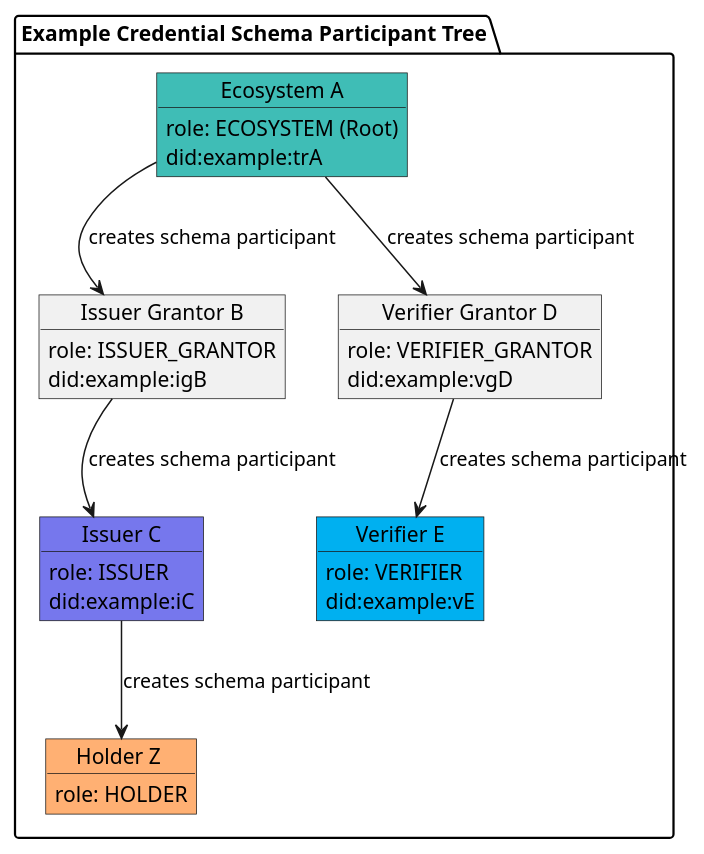
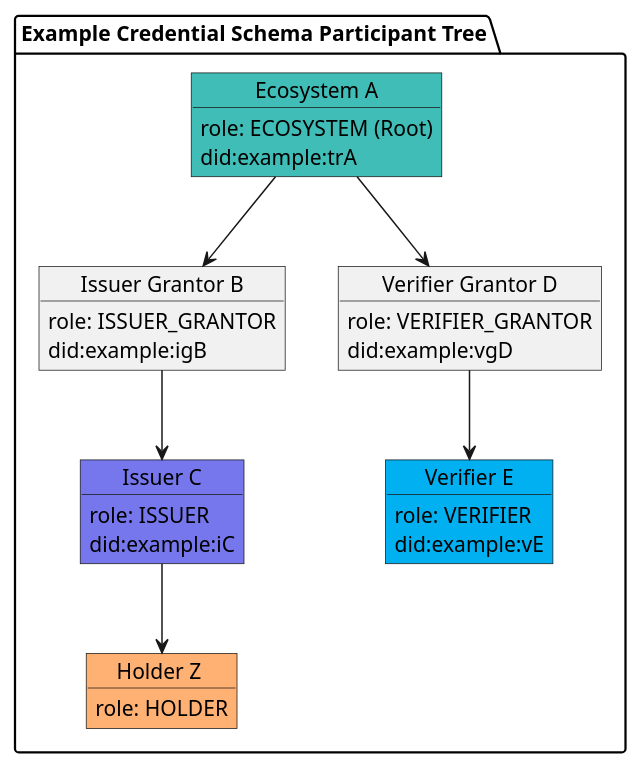
Before and after one commit to verana-labs/verifiable-trust-vpr-spec: diagram 14 of 21 in spec.md, drawn with PlantUML. The commit also changed other lines of this file and 1 other file, not shown here.

````diff
--- a/spec.md
+++ b/spec.md
@@ -3125,45 +3121,45 @@
 ```plantuml
 
 @startuml
 scale max 800 width
  
 package "Example Credential Schema Participant Tree" as cs {
 
     object "Ecosystem A" as tr #3fbdb6 {
         role: ECOSYSTEM (Root)
         did:example:trA
     }
     object "Issuer Grantor B" as ig {
         role: ISSUER_GRANTOR
         did:example:igB
     }
     object "Issuer C" as issuer #7677ed  {
         role: ISSUER
         did:example:iC
     }
     object "Verifier Grantor D" as vg {
         role: VERIFIER_GRANTOR
         did:example:vgD
     }
     object "Verifier E" as verifier #00b0f0 {
         role: VERIFIER
         did:example:vE
     }
     object "Holder Z " as holder #FFB073 {
         role: HOLDER
     }
 }
 
 
 
-tr --> ig : creates schema participant
-ig --> issuer : creates schema participant
+tr --> ig 
+ig --> issuer
 
-tr --> vg : creates schema participant
-vg --> verifier : creates schema participant
+tr --> vg
+vg --> verifier
 
-issuer --> holder: creates schema participant
+issuer --> holder
 
 @enduml
 
 ```
````
